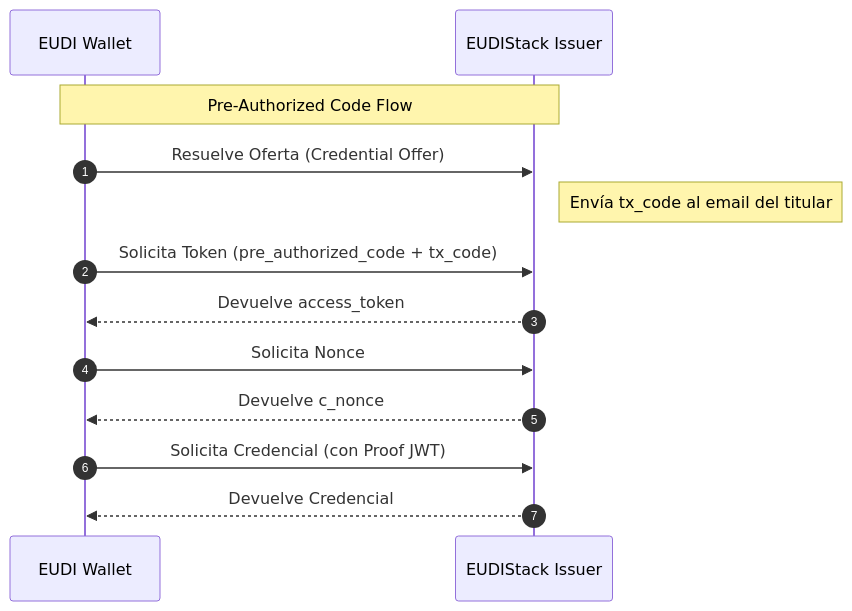
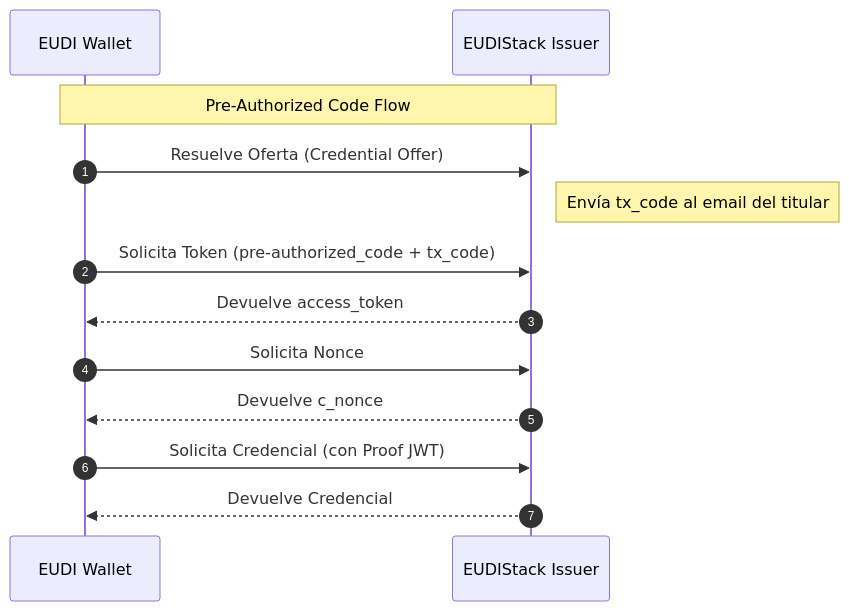
Before and after one commit to in2workspace/eudistack-docs: the first of 2 diagrams in docs/developers/concepts/oid4vci.md, drawn with Mermaid.

Commit message:
Potential fix for pull request finding

````diff
--- a/docs/developers/concepts/oid4vci.md
+++ b/docs/developers/concepts/oid4vci.md
@@ -22,16 +22,16 @@
 ```mermaid
 sequenceDiagram
     autonumber
     participant W as EUDI Wallet
     participant I as EUDIStack Issuer
 
     Note over W, I: Pre-Authorized Code Flow
     W->>I: Resuelve Oferta (Credential Offer)
     Note right of I: Envía tx_code al email del titular
-    W->>I: Solicita Token (pre_authorized_code + tx_code)
+    W->>I: Solicita Token (pre-authorized_code + tx_code)
     I-->>W: Devuelve access_token
     W->>I: Solicita Nonce
     I-->>W: Devuelve c_nonce
     W->>I: Solicita Credencial (con Proof JWT)
     I-->>W: Devuelve Credencial
 ```
````
